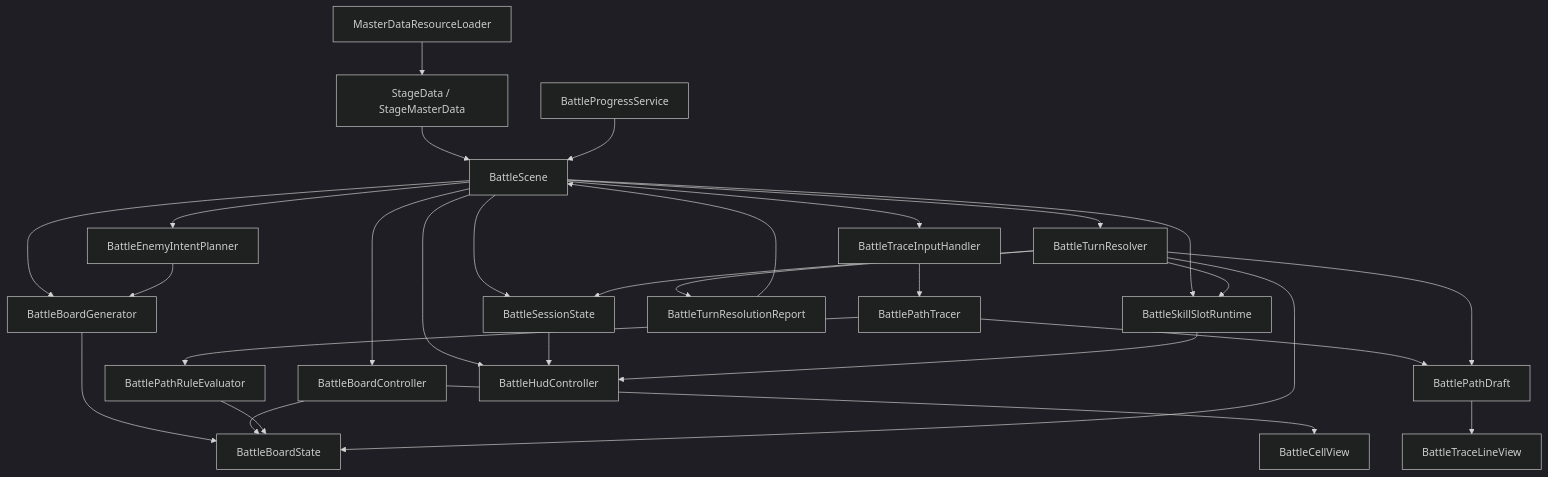
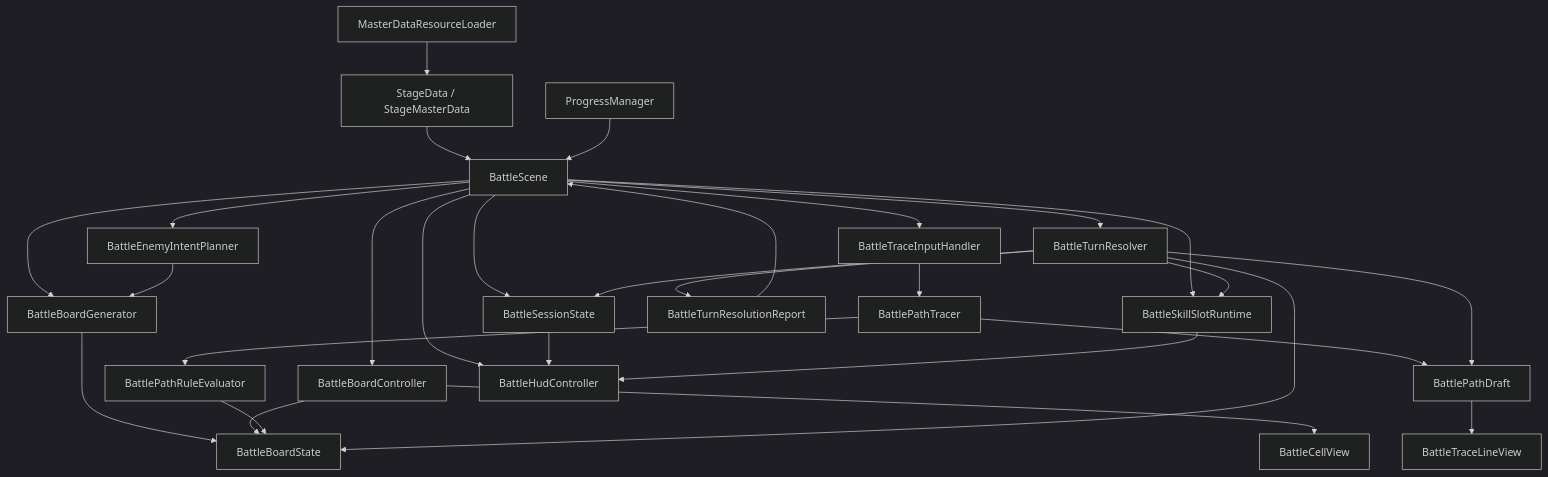
One commit to cosugi89/Original changed the diagram in docs/specs/戦闘システム仕様書.md. Above: the diagram before and after it, drawn with Mermaid (dark theme). The commit also changed other lines of this file and 9 other files, not shown here.

````diff
--- a/docs/specs/戦闘システム仕様書.md
+++ b/docs/specs/戦闘システム仕様書.md
@@ -942,51 +940,51 @@
 ```mermaid
 graph TD
     Loader["MasterDataResourceLoader"]
     StageDTO["StageData / StageMasterData"]
-    Progress["BattleProgressService"]
+    Progress["ProgressManager"]
     Scene["BattleScene"]
     Planner["BattleEnemyIntentPlanner"]
     Generator["BattleBoardGenerator"]
     Session["BattleSessionState"]
     Board["BattleBoardState"]
     Skill["BattleSkillSlotRuntime"]
     Input["BattleTraceInputHandler"]
     Tracer["BattlePathTracer"]
     Rules["BattlePathRuleEvaluator"]
     Draft["BattlePathDraft"]
     Resolver["BattleTurnResolver"]
     Report["BattleTurnResolutionReport"]
     BoardCtrl["BattleBoardController"]
     Hud["BattleHudController"]
     Cell["BattleCellView"]
     Line["BattleTraceLineView"]
 
     Loader --> StageDTO
     StageDTO --> Scene
     Progress --> Scene
     Scene --> Planner
     Scene --> Generator
     Scene --> Session
     Scene --> Skill
     Planner --> Generator
     Generator --> Board
     Scene --> BoardCtrl
     Scene --> Hud
     BoardCtrl --> Board
     BoardCtrl --> Cell
     Input --> Tracer
     Tracer --> Rules
     Tracer --> Draft
     Rules --> Board
     Scene --> Input
     Scene --> Resolver
     Resolver --> Board
     Resolver --> Draft
     Resolver --> Session
     Resolver --> Skill
     Resolver --> Report
     Report --> Scene
     Draft --> Line
     Session --> Hud
     Skill --> Hud
 ```
````
